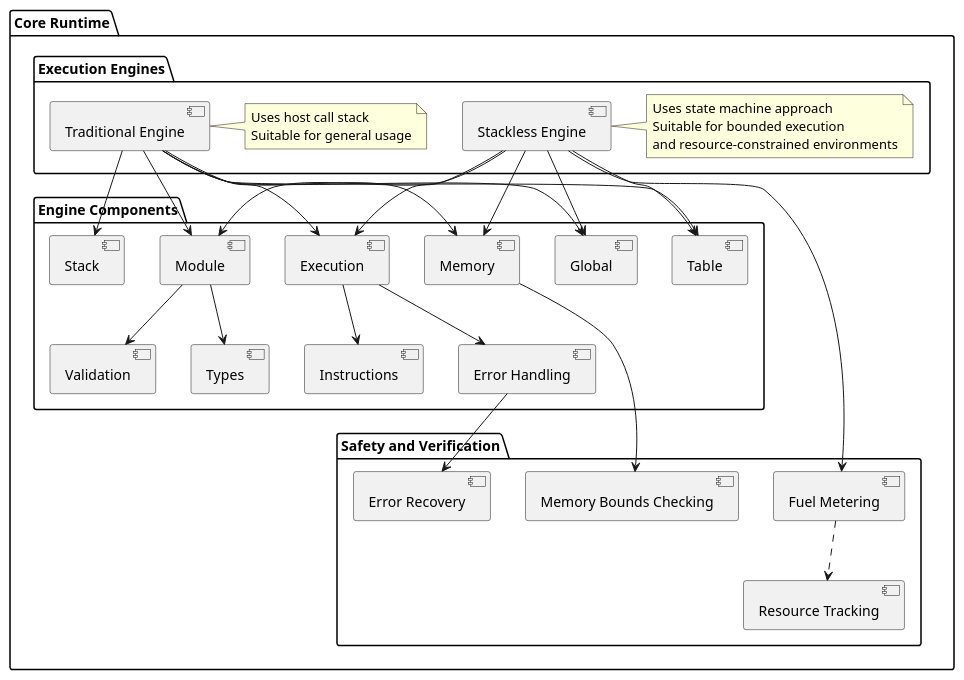
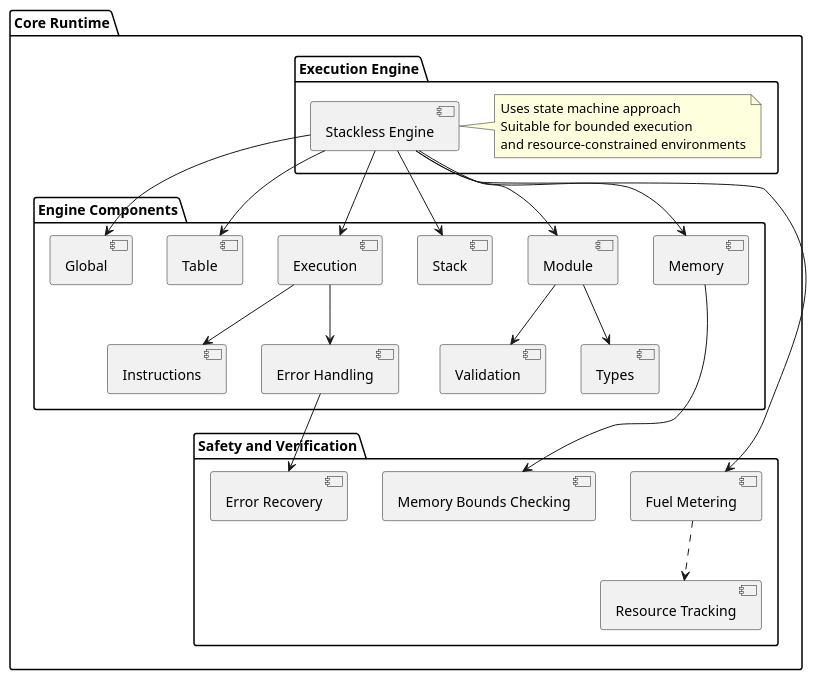
The diagram in docs/source/_static/core_runtime_architecture.puml (pulseengine/wrt), drawn with PlantUML before and after one commit. The commit also changed 16 other files, not shown here.

```diff
--- a/docs/source/_static/core_runtime_architecture.puml
+++ b/docs/source/_static/core_runtime_architecture.puml
@@ -1,65 +1,53 @@
 @startuml
 
 package "Core Runtime" {
-  package "Execution Engines" {
-    [Traditional Engine] as TradEngine
+  package "Execution Engine" {
     [Stackless Engine] as StacklessEngine
-    
-    note right of TradEngine
-      Uses host call stack
-      Suitable for general usage
-    end note
     
     note right of StacklessEngine
       Uses state machine approach
       Suitable for bounded execution
       and resource-constrained environments
     end note
   }
   
   package "Engine Components" {
     [Module] as Module
     [Memory] as Memory
     [Stack] as Stack
     [Validation] as Validation
     [Execution] as Execution
     [Instructions] as Instructions
     [Table] as Table
     [Global] as Global
     [Types] as Types
     [Error Handling] as ErrorHandling
   }
   
   package "Safety and Verification" {
     [Memory Bounds Checking] as MemBounds
     [Resource Tracking] as ResTrack
     [Fuel Metering] as FuelMeter
     [Error Recovery] as ErrorRecovery
   }
   
-  TradEngine --> Module
-  TradEngine --> Memory
-  TradEngine --> Stack
-  TradEngine --> Execution
-  TradEngine --> Table
-  TradEngine --> Global
-  
   StacklessEngine --> Module
   StacklessEngine --> Memory
+  StacklessEngine --> Stack
   StacklessEngine --> Execution
   StacklessEngine --> Table
   StacklessEngine --> Global
   StacklessEngine --> FuelMeter
   
   Module --> Validation
   Module --> Types
   
   Memory --> MemBounds
   Execution --> Instructions
   Execution --> ErrorHandling
   ErrorHandling --> ErrorRecovery
   
   FuelMeter -[dashed]-> ResTrack
 }
 
 @enduml 
```
